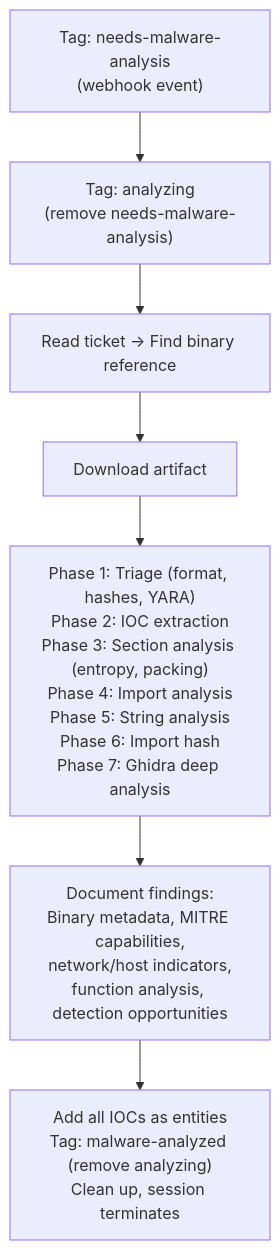
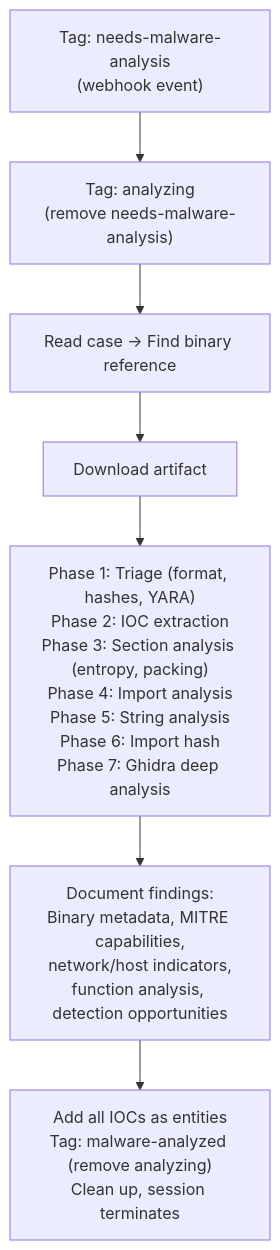
The diagram in lc-soc/baselining-soc/malware-analyst/README.md (refractionPOINT/lc-ai), drawn with Mermaid before and after one commit. The commit also changed other lines of this file and 74 other files, not shown here.

First line of the commit message:
Rename ticket→case in AI agent configs

````diff
--- a/lc-soc/baselining-soc/malware-analyst/README.md
+++ b/lc-soc/baselining-soc/malware-analyst/README.md
@@ -7,9 +7,9 @@
 ```mermaid
 flowchart TD
     trigger["Tag: needs-malware-analysis<br/>(webhook event)"] --> tag["Tag: analyzing<br/>(remove needs-malware-analysis)"]
-    tag --> read["Read ticket → Find binary reference"]
+    tag --> read["Read case → Find binary reference"]
     read --> download[Download artifact]
     download --> phases["Phase 1: Triage (format, hashes, YARA)<br/>Phase 2: IOC extraction<br/>Phase 3: Section analysis (entropy, packing)<br/>Phase 4: Import analysis<br/>Phase 5: String analysis<br/>Phase 6: Import hash<br/>Phase 7: Ghidra deep analysis"]
     phases --> doc["Document findings:<br/>Binary metadata, MITRE capabilities,<br/>network/host indicators,<br/>function analysis, detection opportunities"]
     doc --> done["Add all IOCs as entities<br/>Tag: malware-analyzed (remove analyzing)<br/>Clean up, session terminates"]
 ```
````
